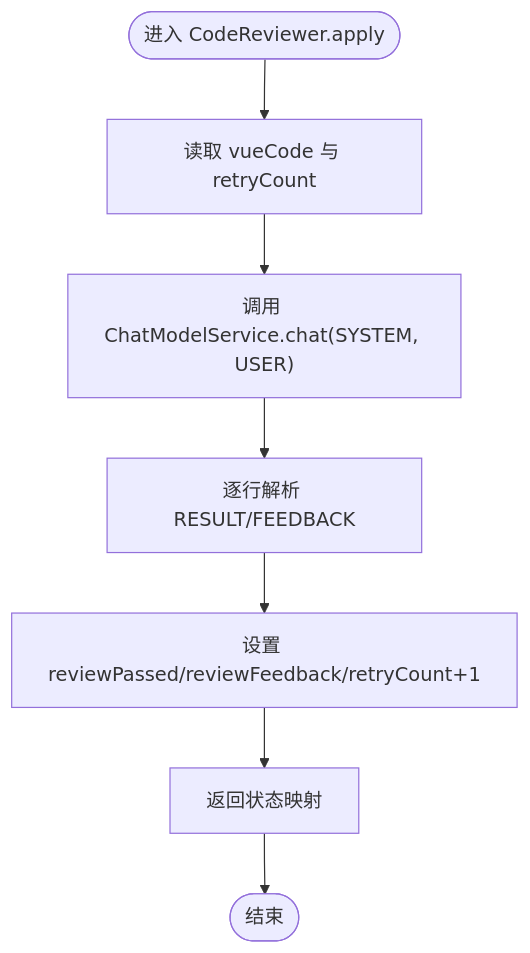
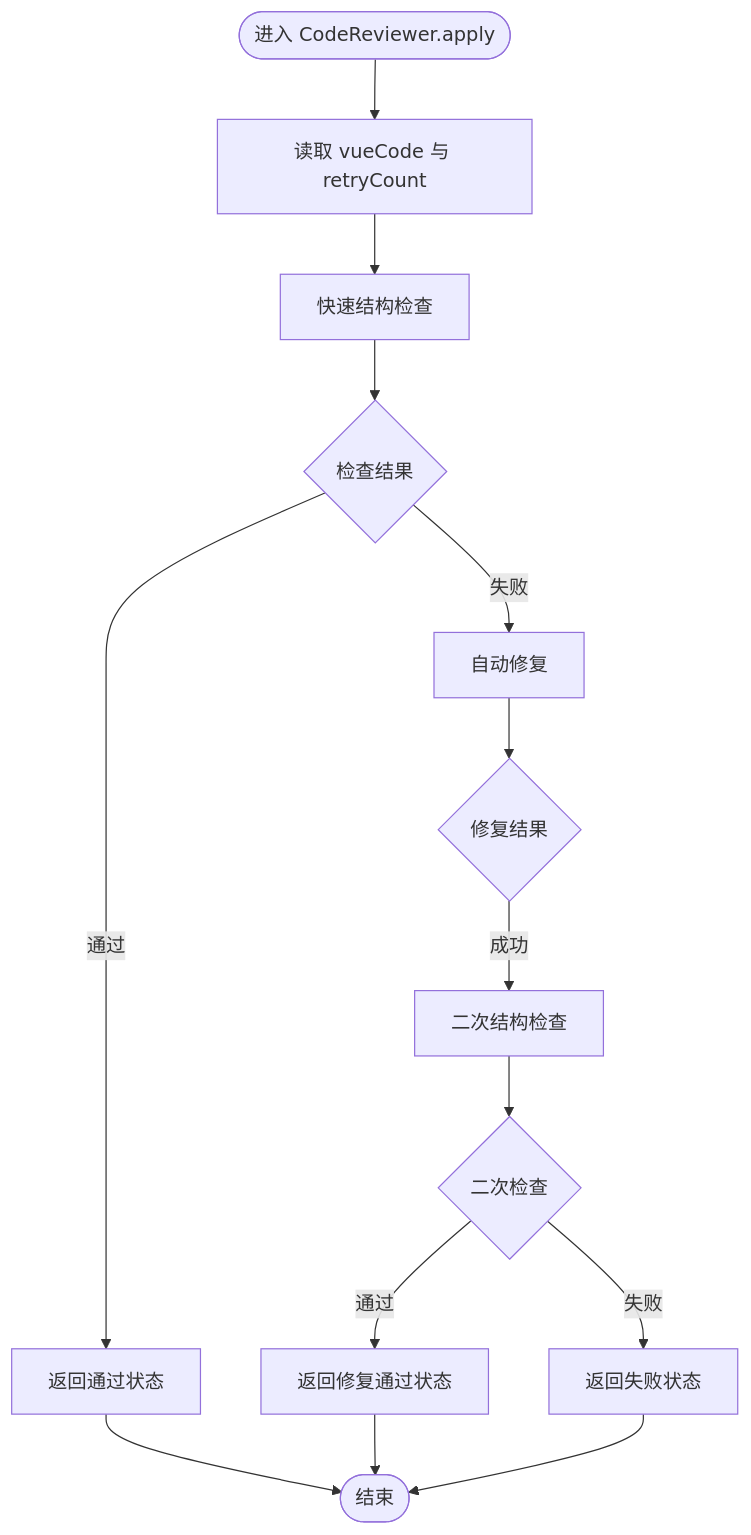
One commit to CyanYuKi/WebSiteFrontendCodeMother changed the third of 6 diagrams in .qoder/repowiki/zh/content/AI工作流系统/AI节点分析/代码审查节点.md. Above: the diagram before and after it, drawn with Mermaid. The commit also changed other lines of this file and 21 other files, not shown here.

````diff
--- a/.qoder/repowiki/zh/content/AI工作流系统/AI节点分析/代码审查节点.md
+++ b/.qoder/repowiki/zh/content/AI工作流系统/AI节点分析/代码审查节点.md
@@ -149,9 +190,16 @@
 ```mermaid
 flowchart TD
 Start(["进入 CodeReviewer.apply"]) --> ReadState["读取 vueCode 与 retryCount"]
-ReadState --> CallLLM["调用 ChatModelService.chat(SYSTEM, USER)"]
-CallLLM --> ParseResp["逐行解析 RESULT/FEEDBACK"]
-ParseResp --> UpdateState["设置 reviewPassed/reviewFeedback/retryCount+1"]
-UpdateState --> ReturnMap["返回状态映射"]
-ReturnMap --> End(["结束"])
+ReadState --> FastCheck["快速结构检查"]
+FastCheck --> CheckResult{"检查结果"}
+CheckResult --> |通过| ReturnPass["返回通过状态"]
+CheckResult --> |失败| AutoFix["自动修复"]
+AutoFix --> FixResult{"修复结果"}
+FixResult --> |成功| ReCheck["二次结构检查"]
+ReCheck --> ReCheckResult{"二次检查"}
+ReCheckResult --> |通过| ReturnFixPass["返回修复通过状态"]
+ReCheckResult --> |失败| ReturnFail["返回失败状态"]
+ReturnPass --> End(["结束"])
+ReturnFixPass --> End
+ReturnFail --> End
 ```
````
